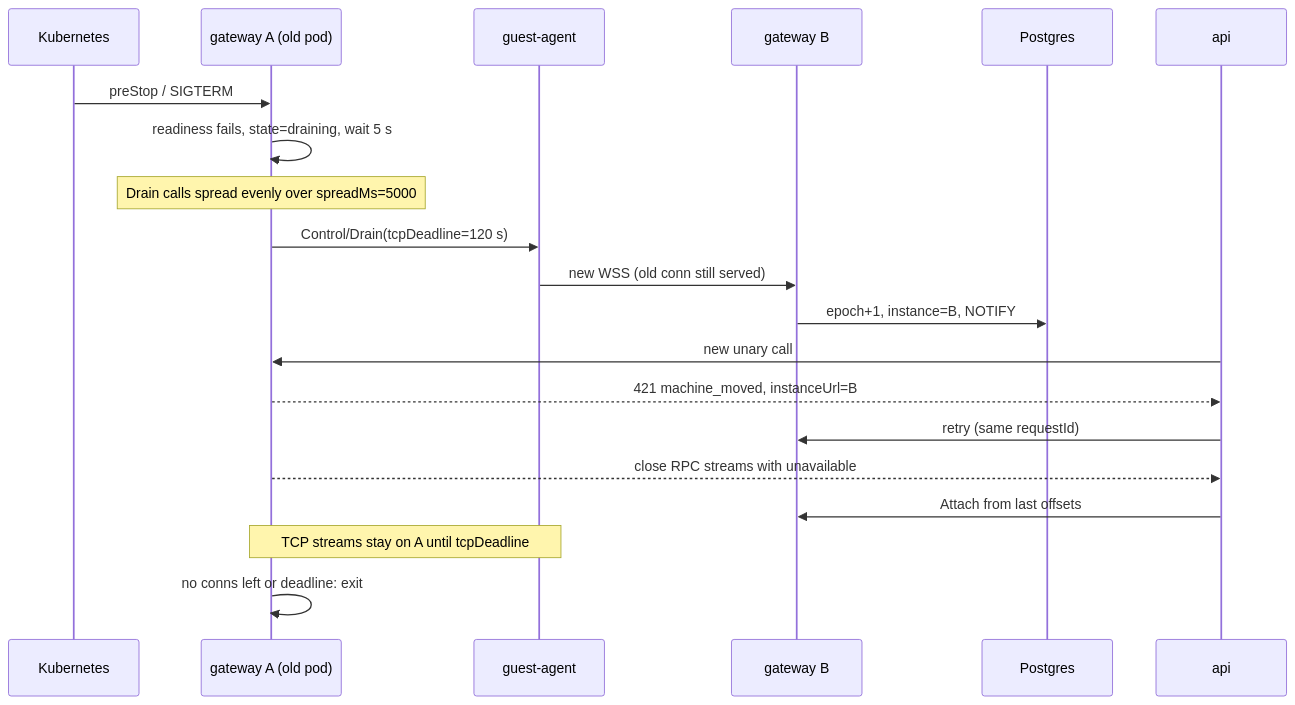
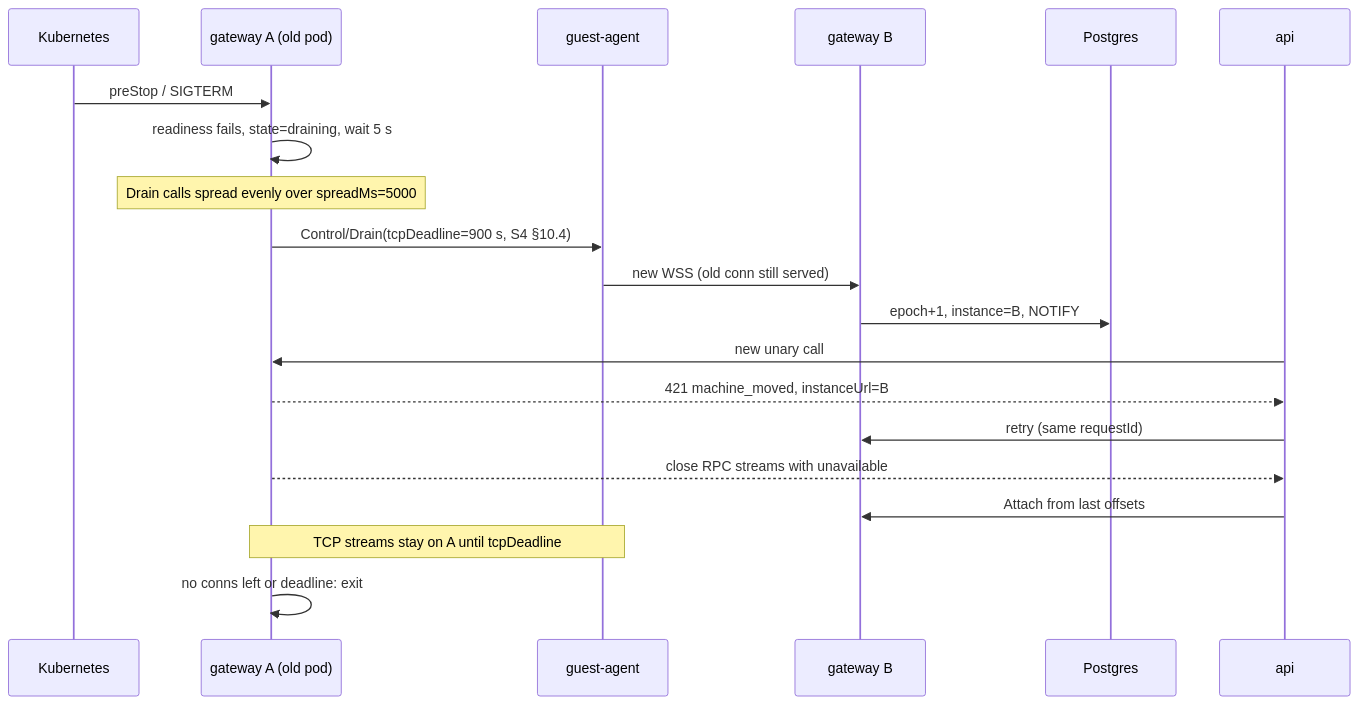
One commit to belov38/umiak changed the third of 4 diagrams in docs/specs/s2-tunnel-protocol.md. Above: the diagram before and after it, drawn with Mermaid. The commit also changed other lines of this file and 2 other files, not shown here.

````diff
--- a/docs/specs/s2-tunnel-protocol.md
+++ b/docs/specs/s2-tunnel-protocol.md
@@ -471,22 +471,22 @@
 ```mermaid
 sequenceDiagram
   participant K as Kubernetes
   participant G1 as gateway A (old pod)
   participant A as guest-agent
   participant G2 as gateway B
   participant DB as Postgres
   participant API as api
   K->>G1: preStop / SIGTERM
   G1->>G1: readiness fails, state=draining, wait 5 s
   Note over G1: Drain calls spread evenly over spreadMs=5000
-  G1->>A: Control/Drain(tcpDeadline=120 s)
+  G1->>A: Control/Drain(tcpDeadline=900 s, S4 §10.4)
   A->>G2: new WSS (old conn still served)
   G2->>DB: epoch+1, instance=B, NOTIFY
   API->>G1: new unary call
   G1-->>API: 421 machine_moved, instanceUrl=B
   API->>G2: retry (same requestId)
   G1-->>API: close RPC streams with unavailable
   API->>G2: Attach from last offsets
   Note over G1,A: TCP streams stay on A until tcpDeadline
   G1->>G1: no conns left or deadline: exit
 ```
````
